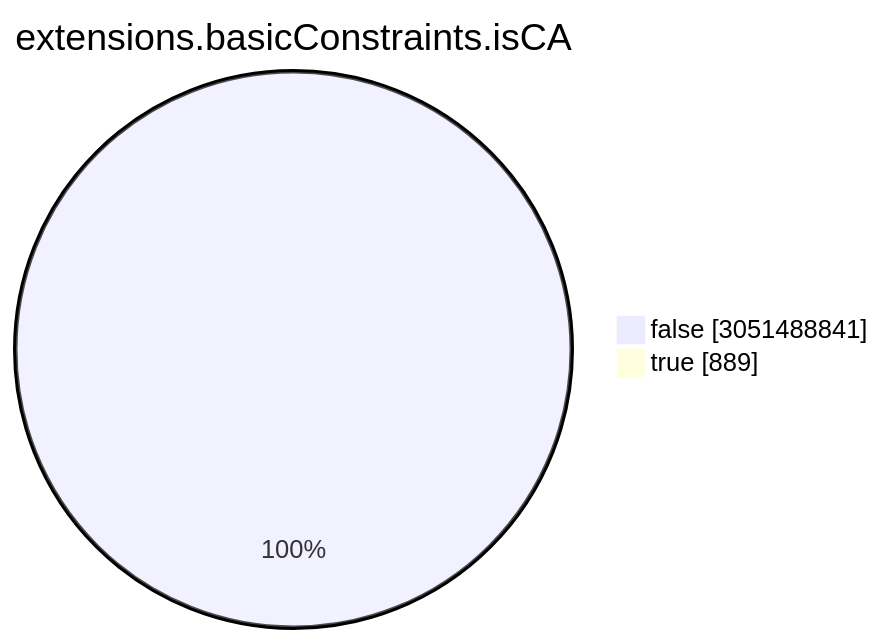
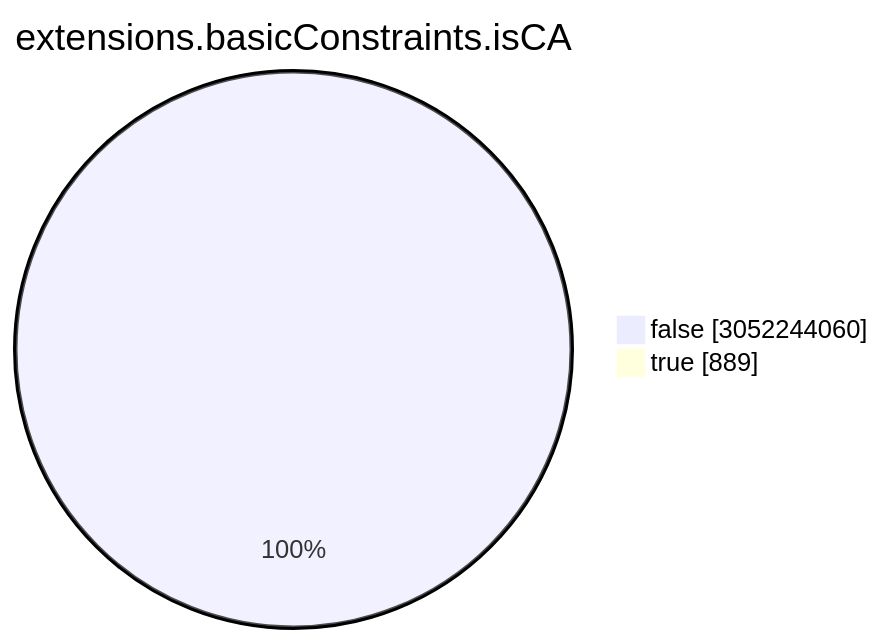
The seventh of 15 diagrams in TOTAL/README.md (christiankrug/ctmonitor_visualization), drawn with Mermaid before and after one commit. The commit also changed other lines of this file, not shown here.

````diff
--- a/TOTAL/README.md
+++ b/TOTAL/README.md
@@ -3086,6 +3086,6 @@
 ```mermaid
 pie showData
 title extensions.basicConstraints.isCA
-"false" :3051488841
+"false" :3052244060
 "true" :889
 ```
````
